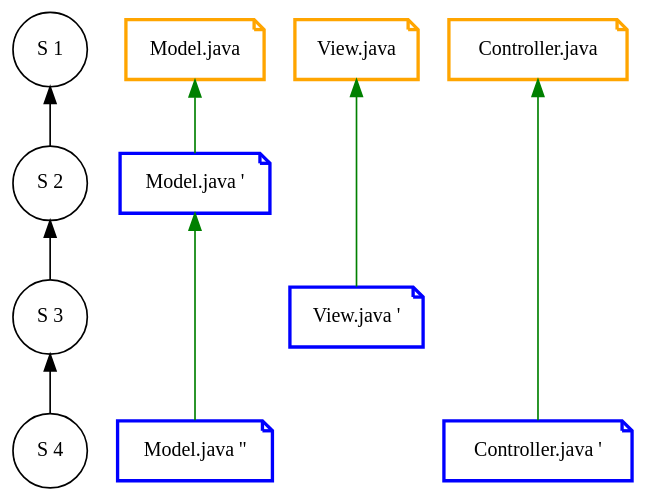
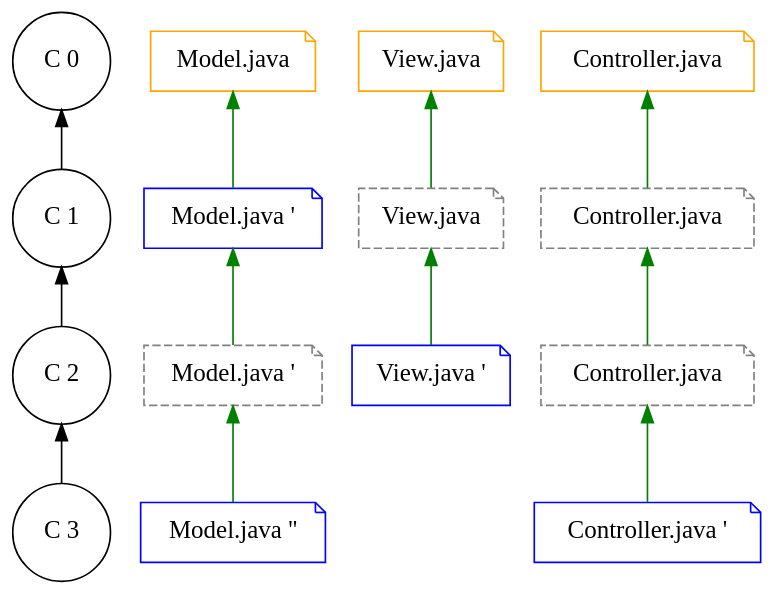
Before and after one commit to Gepardec/git-training: the diagram in slides/intro/src/docs/asciidoc/graphviz/git-data-storage.dot, drawn with Graphviz. The commit also changed 15 other files, not shown here.

Commit message:
- Modified README.adoc to explain how to install graphviz - Modified graphs of theoretical part - Finished theoretical part

```diff
--- a/slides/intro/src/docs/asciidoc/graphviz/git-data-storage.dot
+++ b/slides/intro/src/docs/asciidoc/graphviz/git-data-storage.dot
@@ -1,51 +1,56 @@
 digraph git_branch_model {
   splines=line
   rankdir="TB"
   bgcolor="transparent"
 
   /* Commit node config */
   edge[style="",  arrowhead=open]
-  node[style="",  fontsize=12.0, shape=circle]
+  node[style="",  fontsize=15.0, shape=circle]
 
-  c_1 [label="S 1"]
-  c_2 [label="S 2"]
-  c_3 [label="S 3"]
-  c_4 [label="S 4"]
+  c_1 [label="C 0"]
+  c_2 [label="C 1"]
+  c_3 [label="C 2"]
+  c_4 [label="C 3"]
 
   c_1 -> c_2 -> c_3 -> c_4 [dir=back]
 
   /* File node config */
   edge[style="",  arrowhead=open, dir=back]
-  node[style="",  fontsize=12.0, shape=note]
+  node[style="",  fontsize=15.0, shape=note]
 
   /* initial nodes */
-  node[style="bold",color=orange]
+  node[color=orange]
   file_1 [label="Model.java", group="file_1"]
   file_2 [label="View.java", group="file_2"]
   file_3 [label="Controller.java", group="file_3"]
 
   /* changed nodes */
-  node[style="bold", color="blue"]
+  node[color="blue"]
   file_1_ [label="Model.java '", group="file_1"]
-
   file_2__ [label="View.java '", group="file_2"]
-
   file_1___ [label="Model.java ''", group="file_1"]
   file_3___ [label="Controller.java '", group="file_3"]
 
+  /* reference nodes */
+  node[style=dashed,color=gray]
+  file_1__ [label="Model.java '", group="file_1"]
+  file_2_ [label="View.java", group="file_2"]
+  file_3_ [label="Controller.java", group="file_3"]
+  file_3__ [label="Controller.java", group="file_3"]
+
   edge[color=green]
   /* 1. Commit */
-  file_1 -> file_1_
+  file_1 -> file_1_ -> file_1__
 
   /* 2. Commit */
-  file_2 -> file_2__
+  file_2 -> file_2_ -> file_2__
 
   /* 3. Commit */
-  file_1_ -> file_1___
-  file_3 -> file_3___
+  file_1__ -> file_1___
+  file_3 -> file_3_ -> file_3__ -> file_3___
 
   {rank=same; c_1 file_3 file_2 file_1}
   {rank=same; c_2 file_1_}
   {rank=same; c_3 file_2__}
   {rank=same; c_4 file_1___ file_3___}
 }
```
